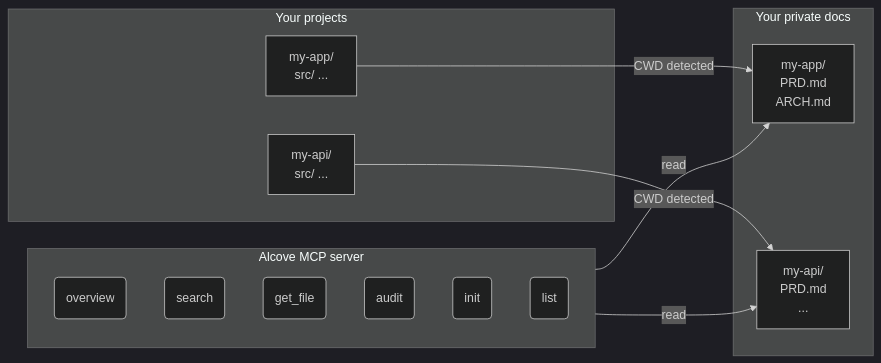
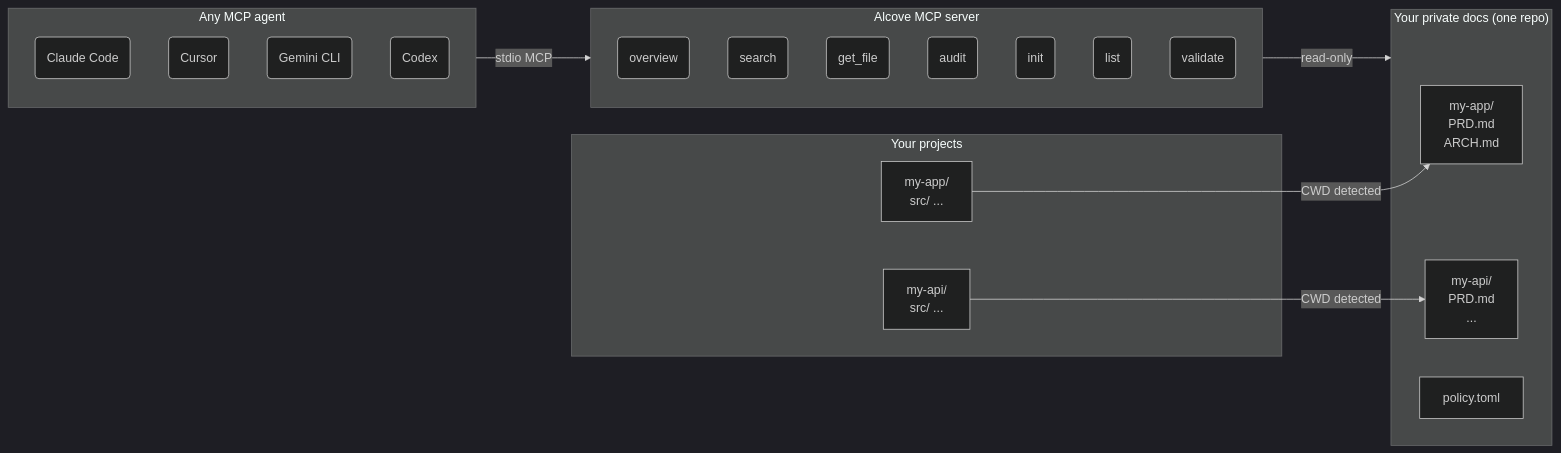
Before and after one commit to redxzeta/Icecove: the diagram in README.md, drawn with Mermaid (dark theme). The commit also changed other lines of this file and 9 other files, not shown here.

````diff
--- a/README.md
+++ b/README.md
@@ -77,26 +106,35 @@
 ```mermaid
 flowchart LR
     subgraph Projects["Your projects"]
         A1["my-app/\n  src/ ..."]
         A2["my-api/\n  src/ ..."]
     end
 
-    subgraph Docs["Your private docs"]
+    subgraph Docs["Your private docs (one repo)"]
         D1["my-app/\n  PRD.md\n  ARCH.md"]
         D2["my-api/\n  PRD.md\n  ..."]
+        P1["policy.toml"]
+    end
+
+    subgraph Agents["Any MCP agent"]
+        AG1(Claude Code)
+        AG2(Cursor)
+        AG3(Gemini CLI)
+        AG4(Codex)
     end
 
     subgraph MCP["Alcove MCP server"]
         T1(overview)
         T2(search)
         T3(get_file)
         T4(audit)
         T5(init)
         T6(list)
+        T7(validate)
     end
 
     A1 -- "CWD detected" --> D1
     A2 -- "CWD detected" --> D2
-    MCP -- "read" --> D1
-    MCP -- "read" --> D2
+    Agents -- "stdio MCP" --> MCP
+    MCP -- "read-only" --> Docs
 ```
````
